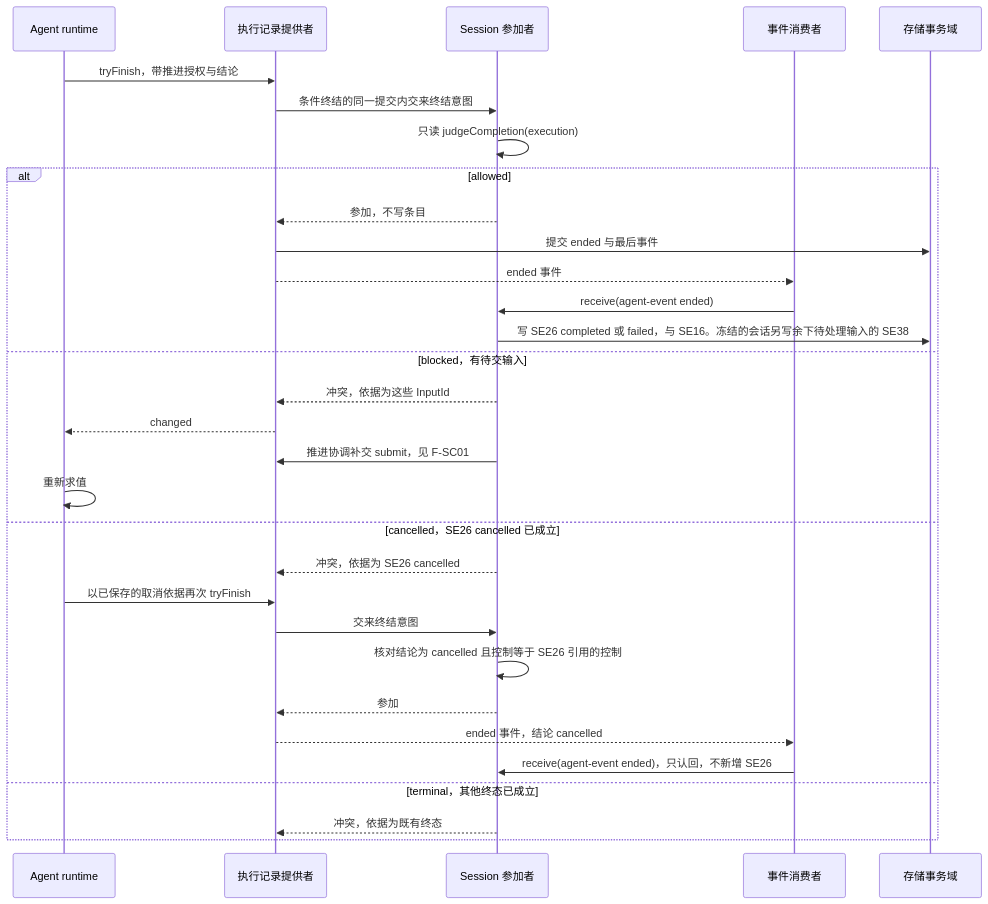
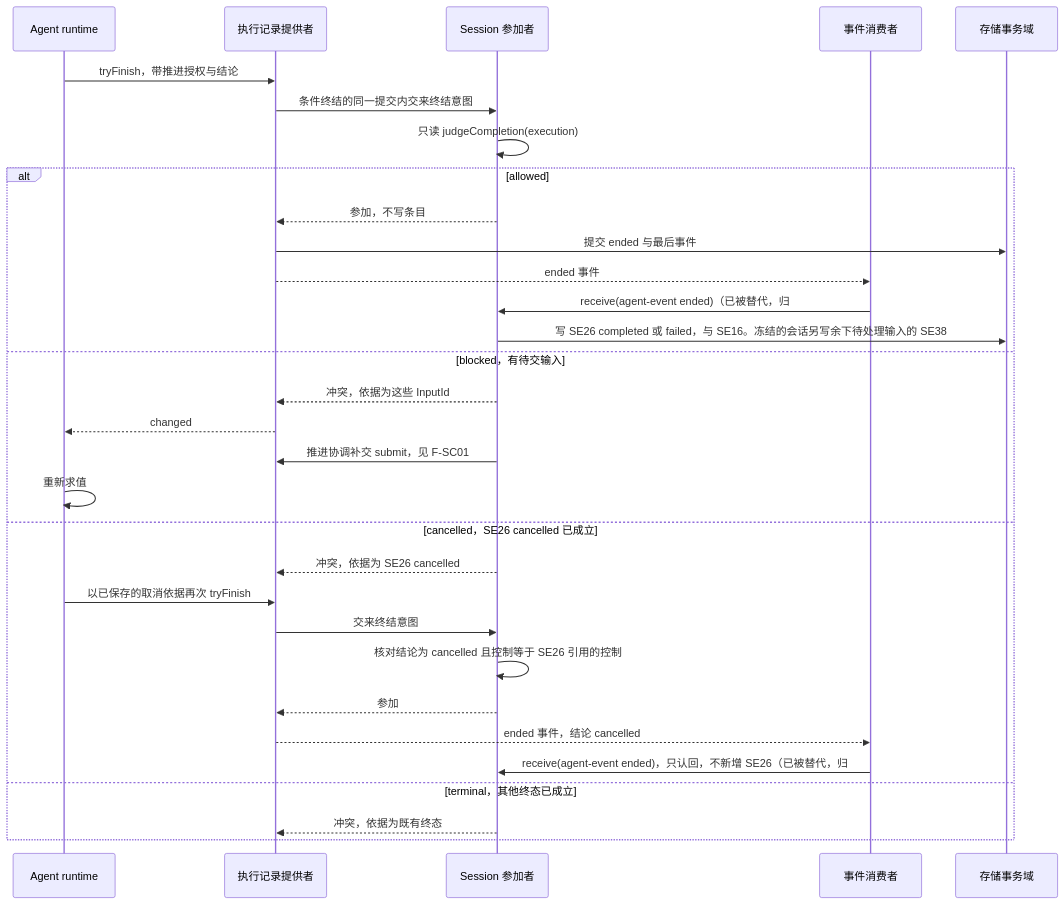
One commit to nemori-ai/omne-harness-lite changed the eighth of 17 diagrams in packages/session/session-contract/docs/flows/scenarios.md. Above: the diagram before and after it, drawn with Mermaid. The commit also changed other lines of this file and 1 other file, not shown here.

Commit message:
docs(session-contract): RS-08～RS-10、EC-01、PM 条款与场景图里的 Agent 事件读取标「已被替代」
Harness: claude-code
Agent-Role: developer

````diff
--- a/packages/session/session-contract/docs/flows/scenarios.md
+++ b/packages/session/session-contract/docs/flows/scenarios.md
@@ -372,33 +372,33 @@
 ```mermaid
 sequenceDiagram
     participant A as Agent runtime
     participant J as 执行记录提供者
     participant S as Session 参加者
     participant E as 事件消费者
     participant D as 存储事务域
     A->>J: tryFinish，带推进授权与结论
     J->>S: 条件终结的同一提交内交来终结意图
     S->>S: 只读 judgeCompletion(execution)
     alt allowed
         S-->>J: 参加，不写条目
         J->>D: 提交 ended 与最后事件
         J-->>E: ended 事件
-        E->>S: receive(agent-event ended)
+        E->>S: receive(agent-event ended)（已被替代，归 #756）
         S->>D: 写 SE26 completed 或 failed，与 SE16。冻结的会话另写余下待处理输入的 SE38
     else blocked，有待交输入
         S-->>J: 冲突，依据为这些 InputId
         J-->>A: changed
         S->>J: 推进协调补交 submit，见 F-SC01
         A->>A: 重新求值
     else cancelled，SE26 cancelled 已成立
         S-->>J: 冲突，依据为 SE26 cancelled
         A->>J: 以已保存的取消依据再次 tryFinish
         J->>S: 交来终结意图
         S->>S: 核对结论为 cancelled 且控制等于 SE26 引用的控制
         S-->>J: 参加
         J-->>E: ended 事件，结论 cancelled
-        E->>S: receive(agent-event ended)，只认回，不新增 SE26
+        E->>S: receive(agent-event ended)，只认回，不新增 SE26（已被替代，归 #756）
     else terminal，其他终态已成立
         S-->>J: 冲突，依据为既有终态
     end
 ```
````
